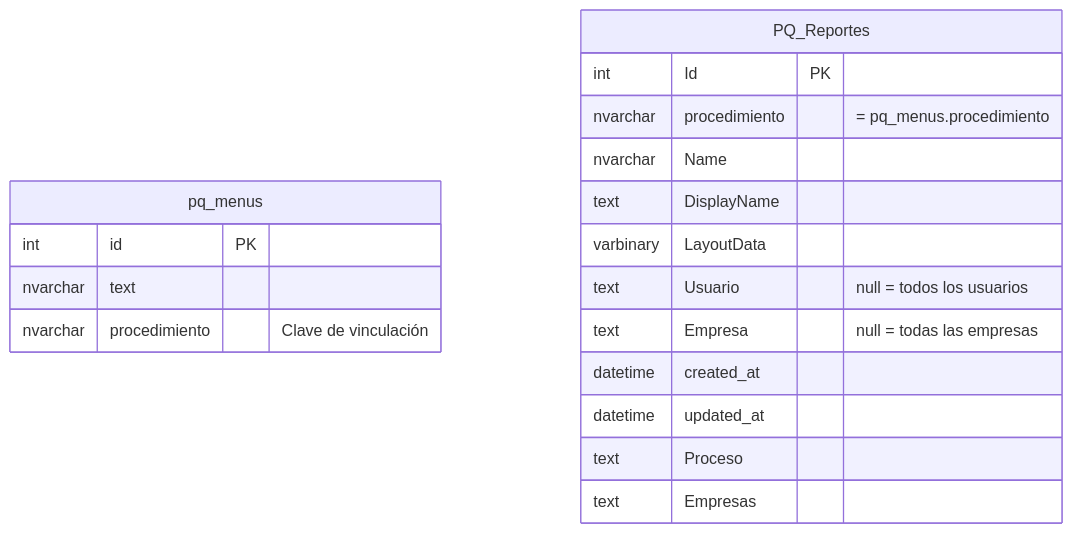
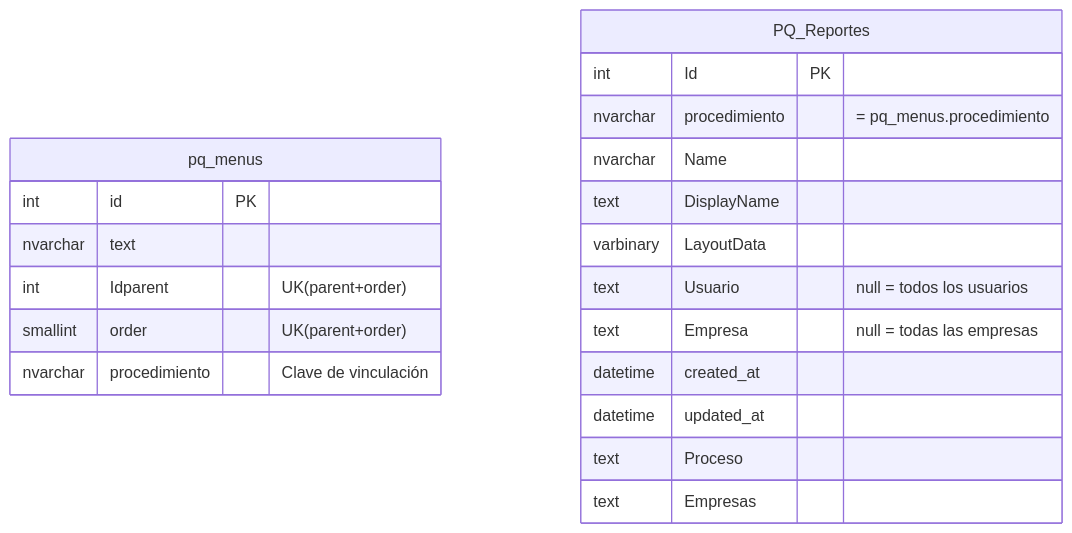
Before and after one commit to paqsystems/PaqSuite-IA-TANGO: the fourth of 6 diagrams in docs/modelo-datos/md-diccionario/md-diccionario-diagramas.md, drawn with Mermaid. The commit also changed other lines of this file and 4 other files, not shown here.

First line of the commit message:
docs: UQ pq_menus(parent+order) + historia y seed PQ_MENUS

````diff
--- a/docs/modelo-datos/md-diccionario/md-diccionario-diagramas.md
+++ b/docs/modelo-datos/md-diccionario/md-diccionario-diagramas.md
@@ -284,22 +284,24 @@
 ```mermaid
 erDiagram
     pq_menus {
         int id PK
         nvarchar text
+        int Idparent "UK(parent+order)"
+        smallint order "UK(parent+order)"
         nvarchar procedimiento "Clave de vinculación"
     }
     
     PQ_Reportes {
         int Id PK
         nvarchar procedimiento "= pq_menus.procedimiento"
         nvarchar Name
         text DisplayName
         varbinary LayoutData
         text Usuario "null = todos los usuarios"
         text Empresa "null = todas las empresas"
         datetime created_at
         datetime updated_at
         text Proceso
         text Empresas
     }
 ```
````
